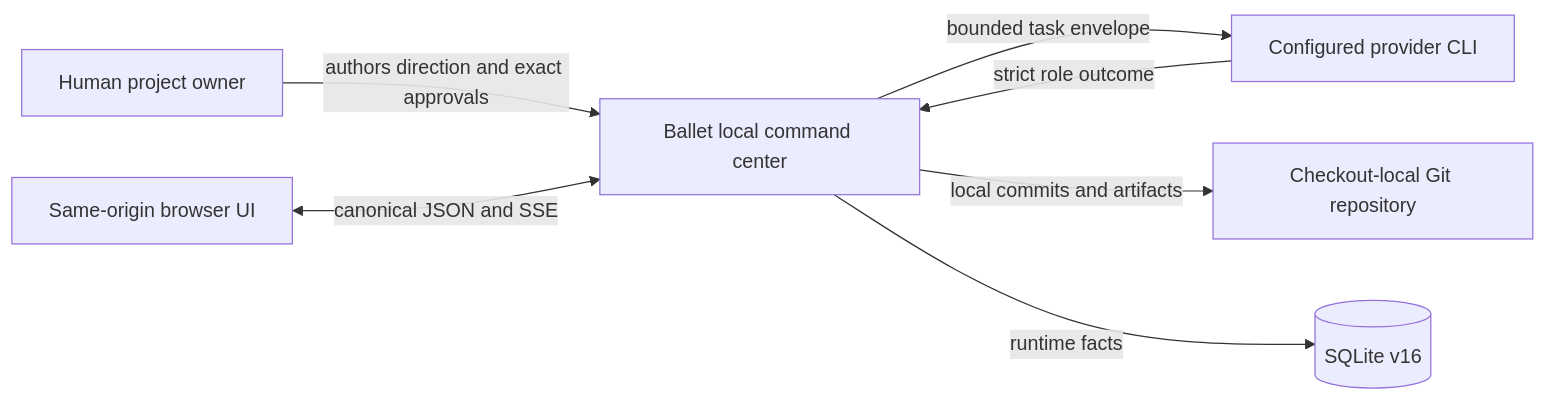
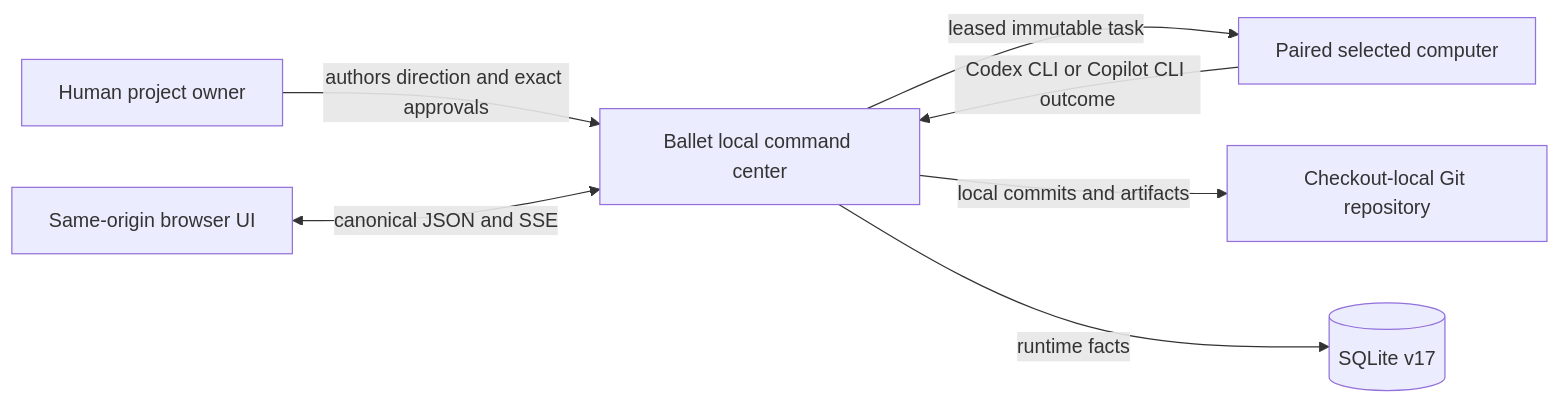
One commit to isinisalo/ballet changed the first of 6 diagrams in ARCHITECTURE.md. Above: the diagram before and after it, drawn with Mermaid. The commit also changed other lines of this file and 243 other files, not shown here.

Commit message:
feat(orchestration): restore markdown agents and paired daemon

````diff
--- a/ARCHITECTURE.md
+++ b/ARCHITECTURE.md
@@ -33,9 +34,9 @@
 ```mermaid
 flowchart LR
   Human[Human project owner] -->|authors direction and exact approvals| Ballet[Ballet local command center]
-  Ballet -->|bounded task envelope| Provider[Configured provider CLI]
-  Provider -->|strict role outcome| Ballet
+  Ballet -->|leased immutable task| Daemon[Paired selected computer]
+  Daemon -->|Codex CLI or Copilot CLI outcome| Ballet
   Ballet -->|local commits and artifacts| Git[Checkout-local Git repository]
-  Ballet -->|runtime facts| DB[(SQLite v16)]
+  Ballet -->|runtime facts| DB[(SQLite v17)]
   Browser[Same-origin browser UI] <-->|canonical JSON and SSE| Ballet
 ```
````
